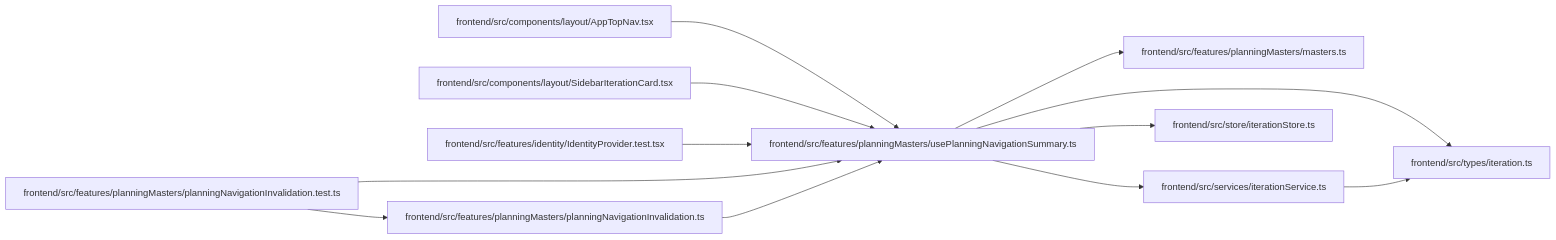
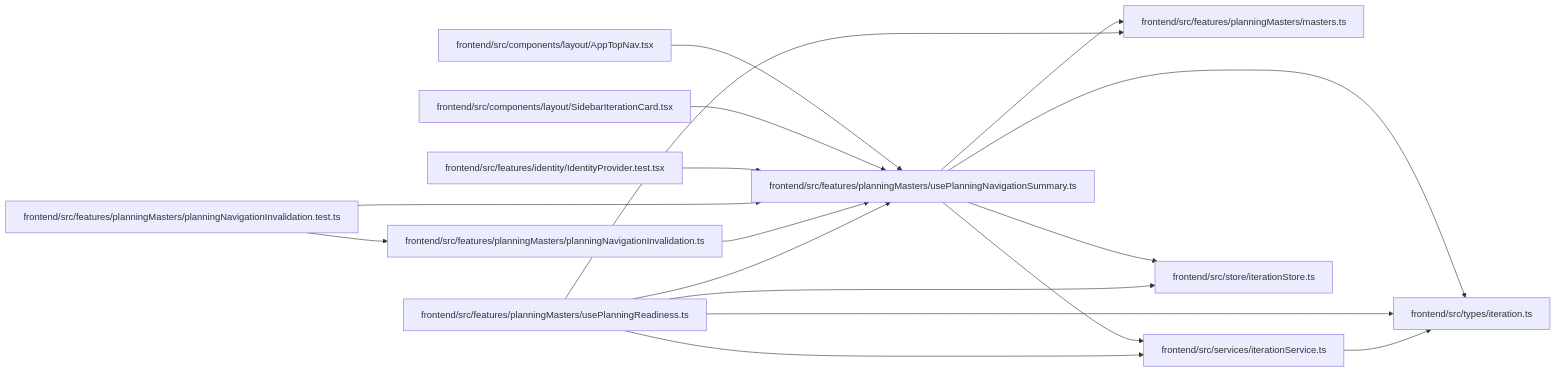
One commit to Denissvgn/WorkChord changed the diagram in docs/llm_wiki/modules/usePlanningNavigationSummary.md. Above: the diagram before and after it, drawn with Mermaid. The commit also changed other lines of this file and 843 other files, not shown here.

````diff
--- a/docs/llm_wiki/modules/usePlanningNavigationSummary.md
+++ b/docs/llm_wiki/modules/usePlanningNavigationSummary.md
@@ -32,34 +32,41 @@
 ```mermaid
 flowchart LR
     n0["frontend/src/components/layout/AppTopNav.tsx"]
     n1["frontend/src/components/layout/SidebarIterationCard.tsx"]
     n2["frontend/src/features/identity/IdentityProvider.test.tsx"]
     n3["frontend/src/features/planningMasters/masters.ts"]
     n4["frontend/src/features/planningMasters/planningNavigationInvalidation.test.ts"]
     n5["frontend/src/features/planningMasters/planningNavigationInvalidation.ts"]
     n6["frontend/src/features/planningMasters/usePlanningNavigationSummary.ts"]
-    n7["frontend/src/services/iterationService.ts"]
-    n8["frontend/src/store/iterationStore.ts"]
-    n9["frontend/src/types/iteration.ts"]
+    n7["frontend/src/features/planningMasters/usePlanningReadiness.ts"]
+    n8["frontend/src/services/iterationService.ts"]
+    n9["frontend/src/store/iterationStore.ts"]
+    n10["frontend/src/types/iteration.ts"]
     n0 --> n6
     n1 --> n6
     n2 --> n6
     n4 --> n5
     n4 --> n6
     n5 --> n6
     n6 --> n3
-    n6 --> n7
     n6 --> n8
     n6 --> n9
+    n6 --> n10
+    n7 --> n3
+    n7 --> n6
+    n7 --> n8
     n7 --> n9
+    n7 --> n10
+    n8 --> n10
     click n0 "../modules/AppTopNav.md"
     click n1 "../modules/SidebarIterationCard.md"
     click n2 "../modules/IdentityProvider.test.md"
     click n3 "../modules/planningMasters_masters.md"
     click n4 "../modules/planningNavigationInvalidation.test.md"
     click n5 "../modules/planningNavigationInvalidation.md"
     click n6 "../modules/usePlanningNavigationSummary.md"
-    click n7 "../modules/iterationService.md"
-    click n8 "../modules/iterationStore.md"
-    click n9 "../modules/types_iteration.md"
+    click n7 "../modules/usePlanningReadiness.md"
+    click n8 "../modules/iterationService.md"
+    click n9 "../modules/iterationStore.md"
+    click n10 "../modules/types_iteration.md"
 ```
````
